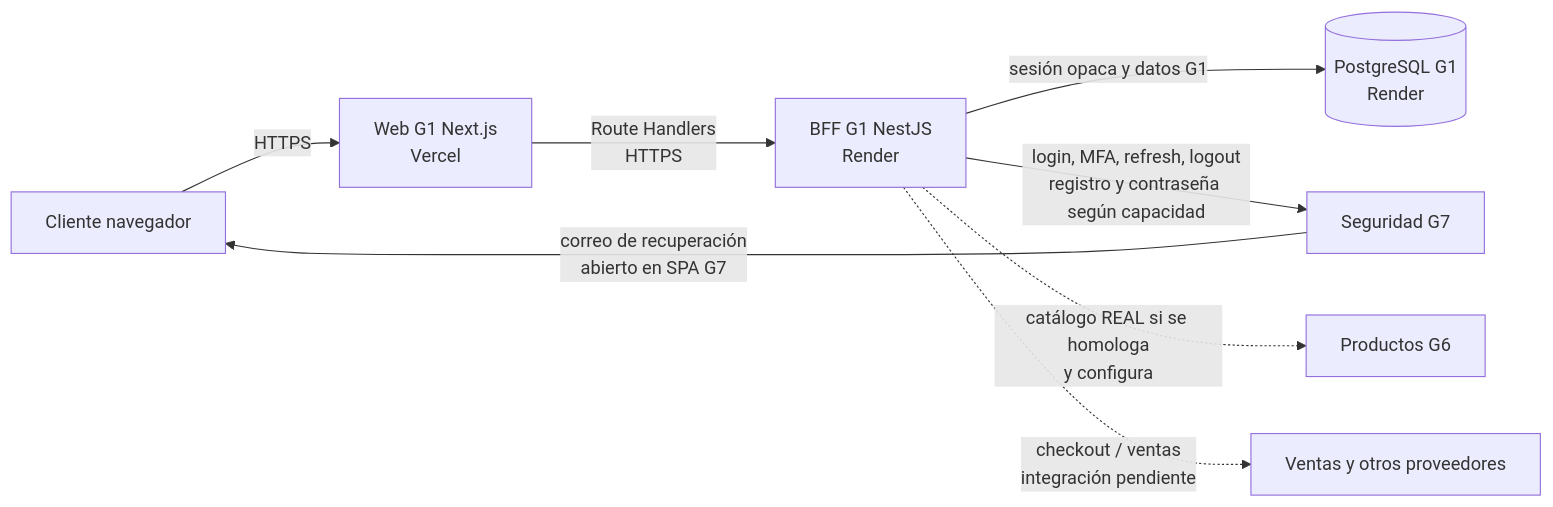
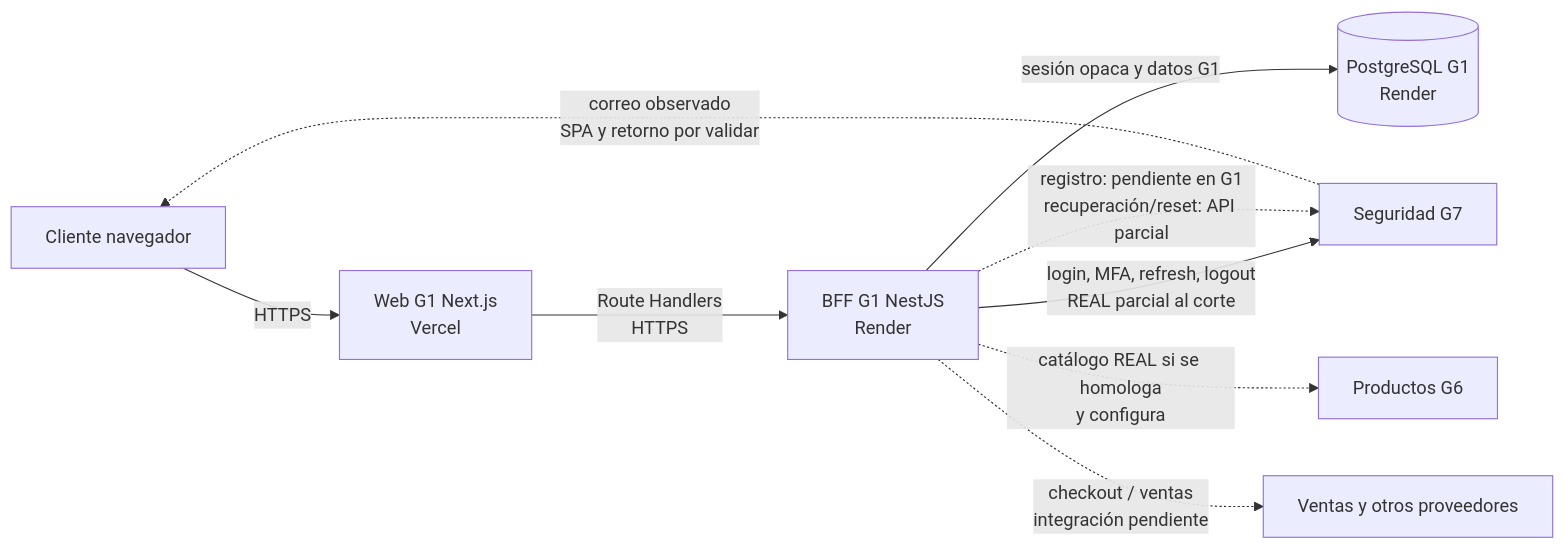
One commit to Taller-SW-Web/G1-Marketplace-Backend changed the diagram in docs/ARQUITECTURA-H4-2026-10-28.md. Above: the diagram before and after it, drawn with Mermaid. The commit also changed other lines of this file and 1 other file, not shown here.

````diff
--- a/docs/ARQUITECTURA-H4-2026-10-28.md
+++ b/docs/ARQUITECTURA-H4-2026-10-28.md
@@ -19,10 +26,11 @@
 ```mermaid
 flowchart LR
     U[Cliente navegador] -->|HTTPS| W[Web G1 Next.js<br/>Vercel]
     W -->|Route Handlers<br/>HTTPS| B[BFF G1 NestJS<br/>Render]
     B -->|sesión opaca y datos G1| DB[(PostgreSQL G1<br/>Render)]
-    B -->|login, MFA, refresh, logout<br/>registro y contraseña según capacidad| G7[Seguridad G7]
+    B -->|login, MFA, refresh, logout<br/>REAL parcial al corte| G7[Seguridad G7]
+    B -.->|registro: pendiente en G1<br/>recuperación/reset: API parcial| G7
     B -.->|catálogo REAL si se homologa<br/>y configura| G6[Productos G6]
     B -.->|checkout / ventas<br/>integración pendiente| G5[Ventas y otros proveedores]
-    G7 -->|correo de recuperación<br/>abierto en SPA G7| U
+    G7 -.->|correo observado<br/>SPA y retorno por validar| U
 ```
````
